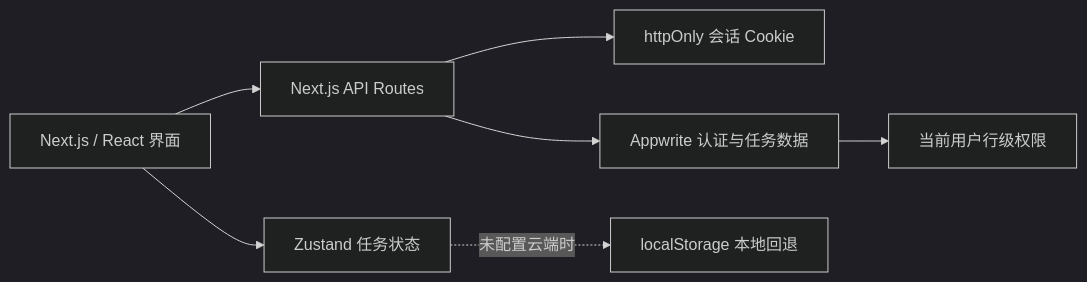
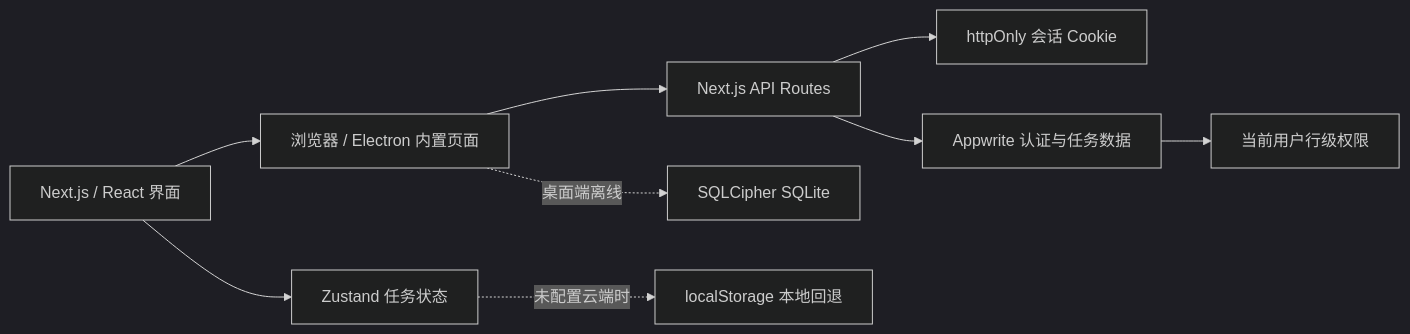
The diagram in README.md (Uonlra/TaskFlow), drawn with Mermaid (dark theme) before and after one commit. The commit also changed other lines of this file and 55 other files, not shown here.

````diff
--- a/README.md
+++ b/README.md
@@ -46,9 +45,11 @@
 ```mermaid
 flowchart LR
   UI["Next.js / React 界面"] --> Store["Zustand 任务状态"]
-  UI --> API["Next.js API Routes"]
+  UI --> Runtime["浏览器 / Electron 内置页面"]
+  Runtime --> API["Next.js API Routes"]
+  Runtime -. "桌面端离线" .-> SQLite["SQLCipher SQLite"]
   API --> Session["httpOnly 会话 Cookie"]
   API --> Appwrite["Appwrite 认证与任务数据"]
   Appwrite --> Permissions["当前用户行级权限"]
   Store -. "未配置云端时" .-> Local["localStorage 本地回退"]
 ```
````
